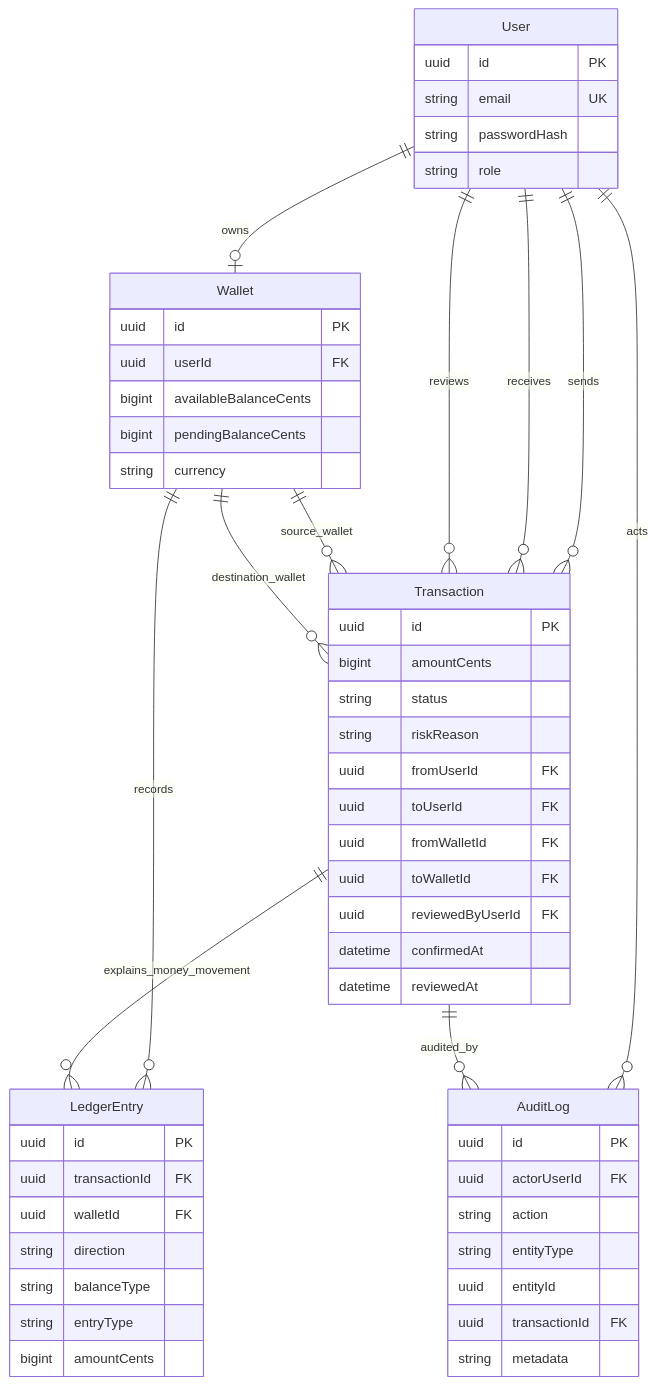
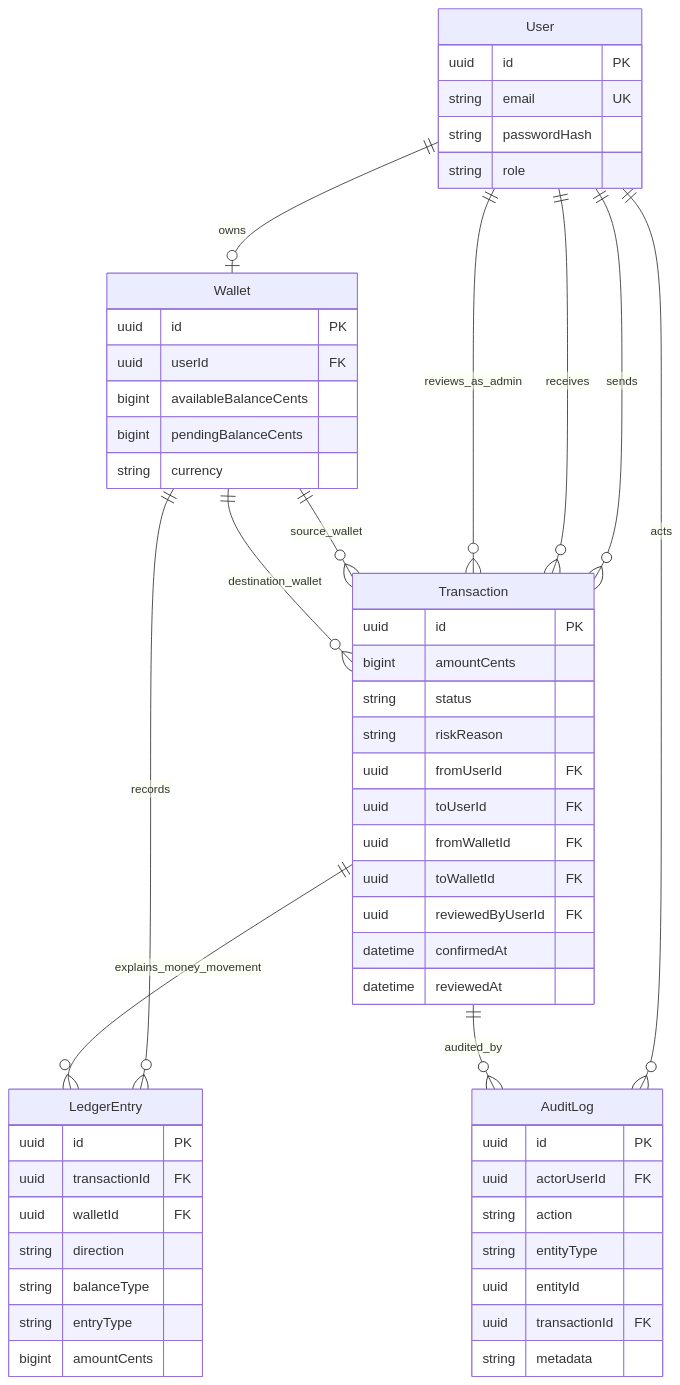
The diagram in docs/er-diagram.md (R4D4M4NTHYS24/miniwallet-wesdom), drawn with Mermaid before and after one commit. The commit also changed 2 other files, not shown here.

Commit message:
docs: align architecture diagrams with implementation

````diff
--- a/docs/er-diagram.md
+++ b/docs/er-diagram.md
@@ -3,62 +3,62 @@
 ```mermaid
 erDiagram
   User ||--o| Wallet : owns
   User ||--o{ Transaction : sends
   User ||--o{ Transaction : receives
-  User ||--o{ Transaction : reviews
+  User ||--o{ Transaction : reviews_as_admin
   User ||--o{ AuditLog : acts
   Wallet ||--o{ Transaction : source_wallet
   Wallet ||--o{ Transaction : destination_wallet
   Wallet ||--o{ LedgerEntry : records
   Transaction ||--o{ LedgerEntry : explains_money_movement
   Transaction ||--o{ AuditLog : audited_by
 
   User {
     uuid id PK
     string email UK
     string passwordHash
     string role
   }
 
   Wallet {
     uuid id PK
     uuid userId FK
     bigint availableBalanceCents
     bigint pendingBalanceCents
     string currency
   }
 
   Transaction {
     uuid id PK
     bigint amountCents
     string status
     string riskReason
     uuid fromUserId FK
     uuid toUserId FK
     uuid fromWalletId FK
     uuid toWalletId FK
     uuid reviewedByUserId FK
     datetime confirmedAt
     datetime reviewedAt
   }
 
   LedgerEntry {
     uuid id PK
     uuid transactionId FK
     uuid walletId FK
     string direction
     string balanceType
     string entryType
     bigint amountCents
   }
 
   AuditLog {
     uuid id PK
     uuid actorUserId FK
     string action
     string entityType
     uuid entityId
     uuid transactionId FK
     string metadata
   }
 ```
````
